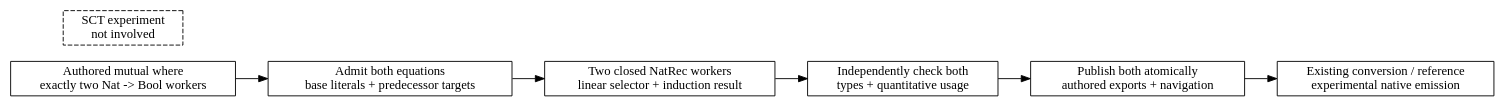
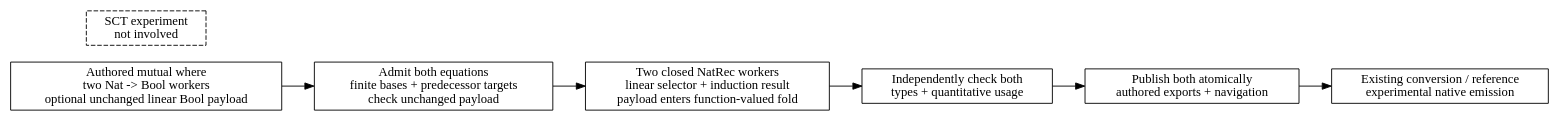
One commit to odunboye/fibril changed the diagram in docs/diagrams/mutual-structural-equations.dot. Above: the diagram before and after it, drawn with Graphviz. The commit also changed 9 other files, not shown here.

Commit message:
Thread linear Bool payloads through mutual recursor lowering

```diff
--- a/docs/diagrams/mutual-structural-equations.dot
+++ b/docs/diagrams/mutual-structural-equations.dot
@@ -1,12 +1,12 @@
 digraph MutualStructuralEquations {
   rankdir=LR;
   node [shape=box];
-  source [label="Authored mutual where\nexactly two Nat -> Bool workers"];
-  plan [label="Admit both equations\nbase literals + predecessor targets"];
-  core [label="Two closed NatRec workers\nlinear selector + induction result"];
+  source [label="Authored mutual where\ntwo Nat -> Bool workers\noptional unchanged linear Bool payload"];
+  plan [label="Admit both equations\nfinite bases + predecessor targets\ncheck unchanged payload"];
+  core [label="Two closed NatRec workers\nlinear selector + induction result\npayload enters function-valued fold"];
   check [label="Independently check both\ntypes + quantitative usage"];
   publish [label="Publish both atomically\nauthored exports + navigation"];
   run [label="Existing conversion / reference\nexperimental native emission"];
   source -> plan -> core -> check -> publish -> run;
   sct [label="SCT experiment\nnot involved", style=dashed];
 }
```
